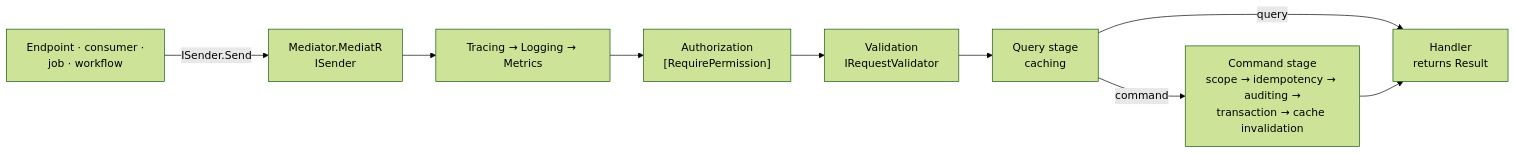
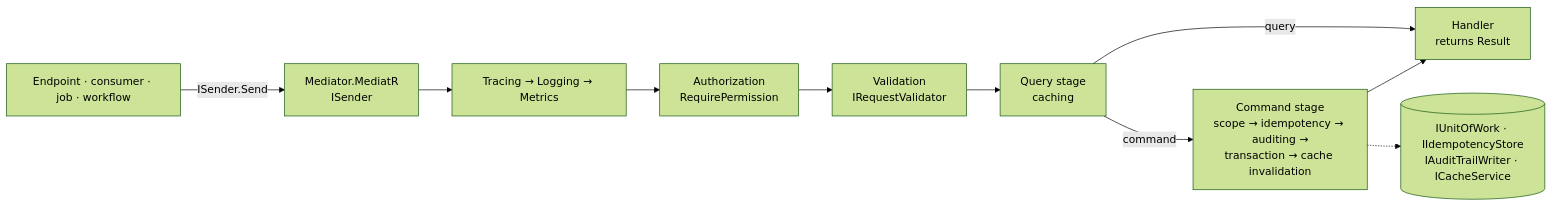
The diagram in src/Application/README.md (Gresta-Vertex-Labs/platform-shared-kernel), drawn with Mermaid (forest theme) before and after one commit. The commit also changed other lines of this file and 228 other files, not shown here.

````diff
--- a/src/Application/README.md
+++ b/src/Application/README.md
@@ -58,11 +55,12 @@
 ```mermaid
 flowchart LR
-    Caller["Endpoint · consumer ·<br/>job · workflow"] -->|ISender.Send| Sender["Mediator.MediatR<br/>ISender"]
+    Caller["Endpoint · consumer · job · workflow"] -->|"ISender.Send"| Sender["Mediator.MediatR<br/>ISender"]
     Sender --> Obs["Tracing → Logging → Metrics"]
-    Obs --> Authz["Authorization<br/>[RequirePermission]"]
+    Obs --> Authz["Authorization<br/>RequirePermission"]
     Authz --> Valid["Validation<br/>IRequestValidator"]
     Valid --> Query["Query stage<br/>caching"]
-    Query -->|query| Handler["Handler<br/>returns Result"]
-    Query -->|command| Cmd["Command stage<br/>scope → idempotency → auditing →<br/>transaction → cache invalidation"]
+    Query -->|"query"| Handler["Handler<br/>returns Result"]
+    Query -->|"command"| Cmd["Command stage<br/>scope → idempotency → auditing →<br/>transaction → cache invalidation"]
     Cmd --> Handler
+    Cmd -.-> Seams[("IUnitOfWork · IIdempotencyStore<br/>IAuditTrailWriter · ICacheService")]
 ```
````
